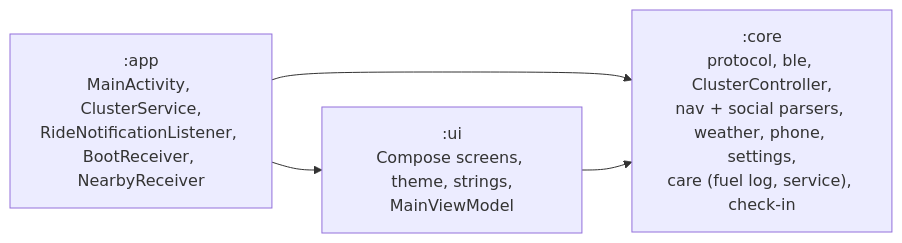
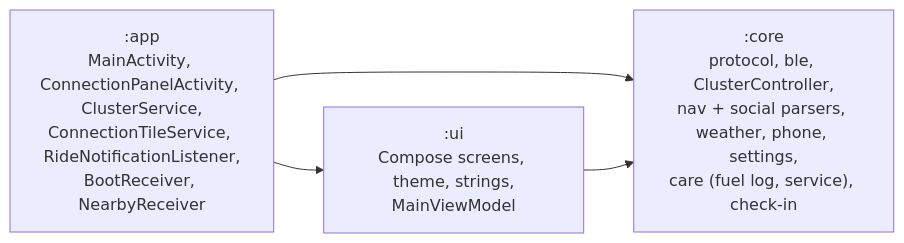
One commit to aiyu-ayaan/RideLink changed the first of 5 diagrams in development/docs/ARCHITECTURE.md. Above: the diagram before and after it, drawn with Mermaid. The commit also changed 10 other files, not shown here.

First line of the commit message:
feat(QuickSettings) : Add connection tile with a floating control panel

````diff
--- a/development/docs/ARCHITECTURE.md
+++ b/development/docs/ARCHITECTURE.md
@@ -5,9 +5,9 @@
 ```mermaid
 graph LR
-    app[":app<br/>MainActivity, ClusterService,<br/>RideNotificationListener, BootReceiver, NearbyReceiver"]
+    app[":app<br/>MainActivity, ConnectionPanelActivity, ClusterService,<br/>ConnectionTileService, RideNotificationListener,<br/>BootReceiver, NearbyReceiver"]
     ui[":ui<br/>Compose screens, theme, strings,<br/>MainViewModel"]
     core[":core<br/>protocol, ble, ClusterController,<br/>nav + social parsers, weather, phone, settings,<br/>care (fuel log, service), check-in"]
     app --> ui
     app --> core
     ui --> core
 ```
````
